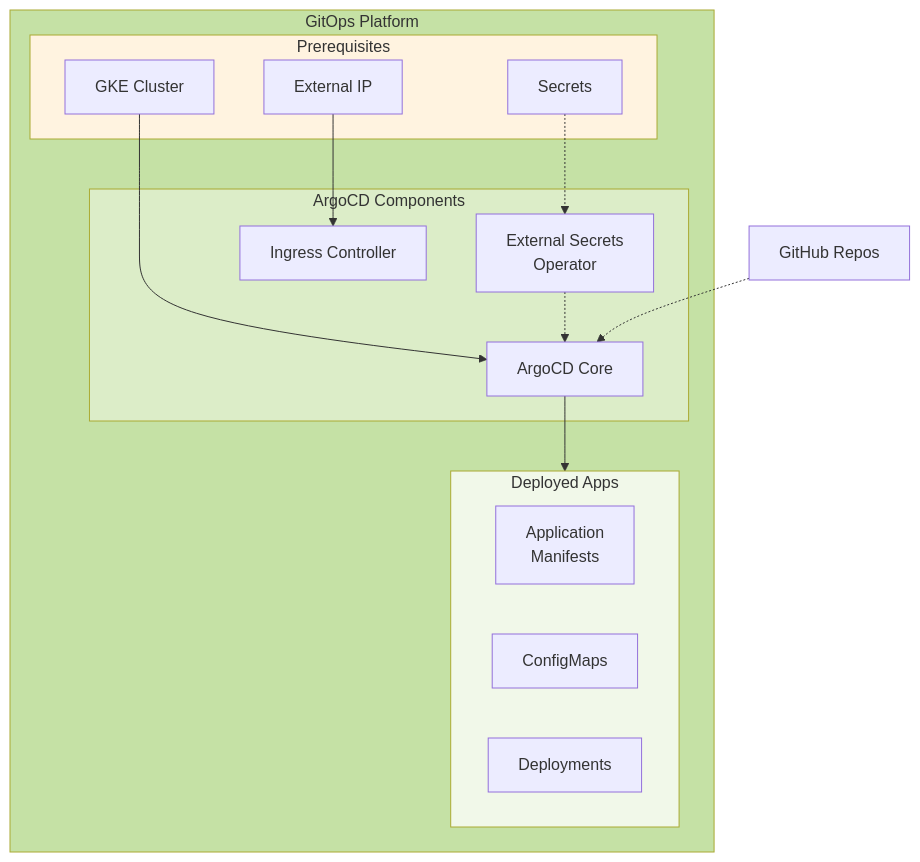
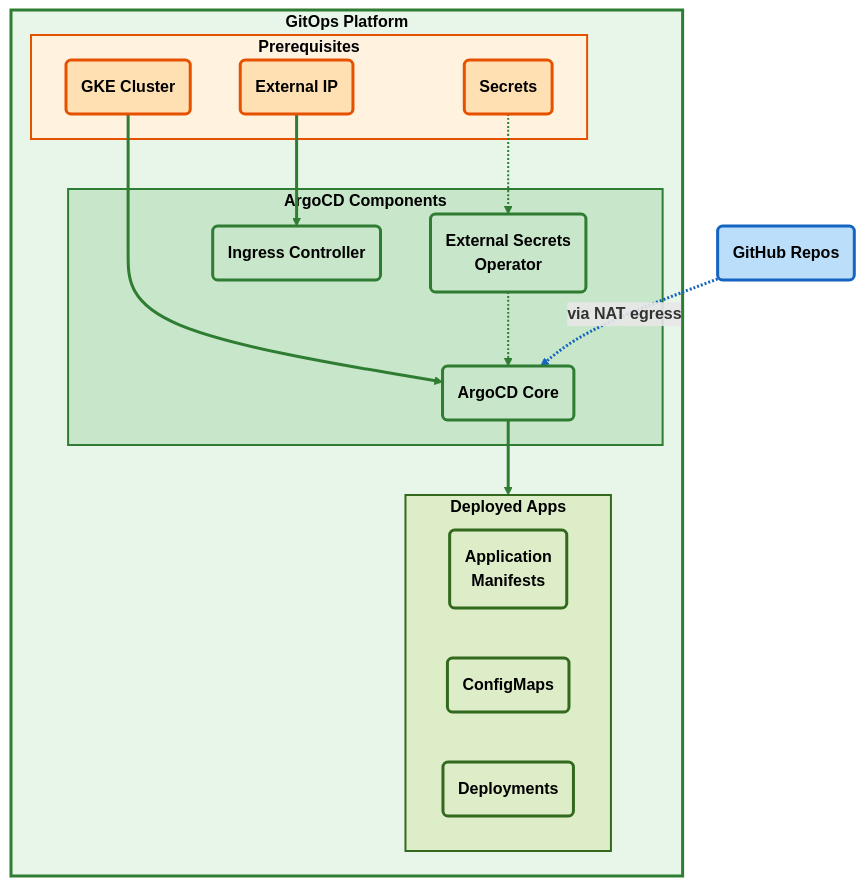
One commit to spolspol/terragrunt-gcp-org-automation changed the third of 7 diagrams in docs/ARCHITECTURE_DIAGRAM.md. Above: the diagram before and after it, drawn with Mermaid. The commit also changed other lines of this file and 243 other files, not shown here.

````diff
--- a/docs/ARCHITECTURE_DIAGRAM.md
+++ b/docs/ARCHITECTURE_DIAGRAM.md
@@ -184,35 +346,52 @@
 ```mermaid
 flowchart TB
-    subgraph GitOpsStack["GitOps Platform"]
-        subgraph Prerequisites["Prerequisites"]
-            GKEC[GKE Cluster]
-            SECS[Secrets]
-            EXTIP[External IP]
+    subgraph GitOpsStack["<b>GitOps Platform</b>"]
+        subgraph Prerequisites["<b>Prerequisites</b>"]
+            GKEC("<b>GKE Cluster</b>")
+            SECS("<b>Secrets</b>")
+            EXTIP("<b>External IP</b>")
         end
-        
-        subgraph ArgoComponents["ArgoCD Components"]
-            ARGO[ArgoCD Core]
-            ESO[External Secrets<br/>Operator]
-            INGRESS[Ingress Controller]
+
+        subgraph ArgoComponents["<b>ArgoCD Components</b>"]
+            ARGO("<b>ArgoCD Core</b>")
+            ESO("<b>External Secrets<br/>Operator</b>")
+            INGRESS("<b>Ingress Controller</b>")
         end
-        
-        subgraph Applications["Deployed Apps"]
-            APPS[Application<br/>Manifests]
-            CONFIGS[ConfigMaps]
-            DEPLOYS[Deployments]
+
+        subgraph Applications["<b>Deployed Apps</b>"]
+            APPS("<b>Application<br/>Manifests</b>")
+            CONFIGS("<b>ConfigMaps</b>")
+            DEPLOYS("<b>Deployments</b>")
         end
     end
-    
-    GKEC --> ARGO
+
+    GKEC ==> ARGO
     SECS -.-> ESO
     ESO -.-> ARGO
-    EXTIP --> INGRESS
-    ARGO --> Applications
-    
-    GITHUB[GitHub Repos] -.-> ARGO
-    
-    style GitOpsStack fill:#c5e1a5
-    style Prerequisites fill:#fff3e0
-    style ArgoComponents fill:#dcedc8
-    style Applications fill:#f1f8e9
+    EXTIP ==> INGRESS
+    ARGO ==> Applications
+
+    GITHUB("<b>GitHub Repos</b>") -.->|"<b>via NAT egress</b>"| ARGO
+
+    classDef prereq fill:#ffe0b2,stroke:#e65100,stroke-width:3px,font-weight:bold,color:#000
+    classDef argo fill:#c8e6c9,stroke:#2e7d32,stroke-width:3px,font-weight:bold,color:#000
+    classDef apps fill:#dcedc8,stroke:#33691e,stroke-width:3px,font-weight:bold,color:#000
+    classDef ext fill:#bbdefb,stroke:#1565c0,stroke-width:3px,font-weight:bold,color:#000
+
+    class GKEC,SECS,EXTIP prereq
+    class ARGO,ESO,INGRESS argo
+    class APPS,CONFIGS,DEPLOYS apps
+    class GITHUB ext
+
+    linkStyle 0 stroke:#2e7d32,stroke-width:3px
+    linkStyle 1 stroke:#2e7d32,stroke-width:2px
+    linkStyle 2 stroke:#2e7d32,stroke-width:2px
+    linkStyle 3 stroke:#2e7d32,stroke-width:3px
+    linkStyle 4 stroke:#2e7d32,stroke-width:3px
+    linkStyle 5 stroke:#1565c0,stroke-width:3px
+
+    style GitOpsStack fill:#e8f5e9,stroke:#2e7d32,stroke-width:3px,color:#000
+    style Prerequisites fill:#fff3e0,stroke:#e65100,stroke-width:2px,color:#000
+    style ArgoComponents fill:#c8e6c9,stroke:#2e7d32,stroke-width:2px,color:#000
+    style Applications fill:#dcedc8,stroke:#33691e,stroke-width:2px,color:#000
 ```
````
